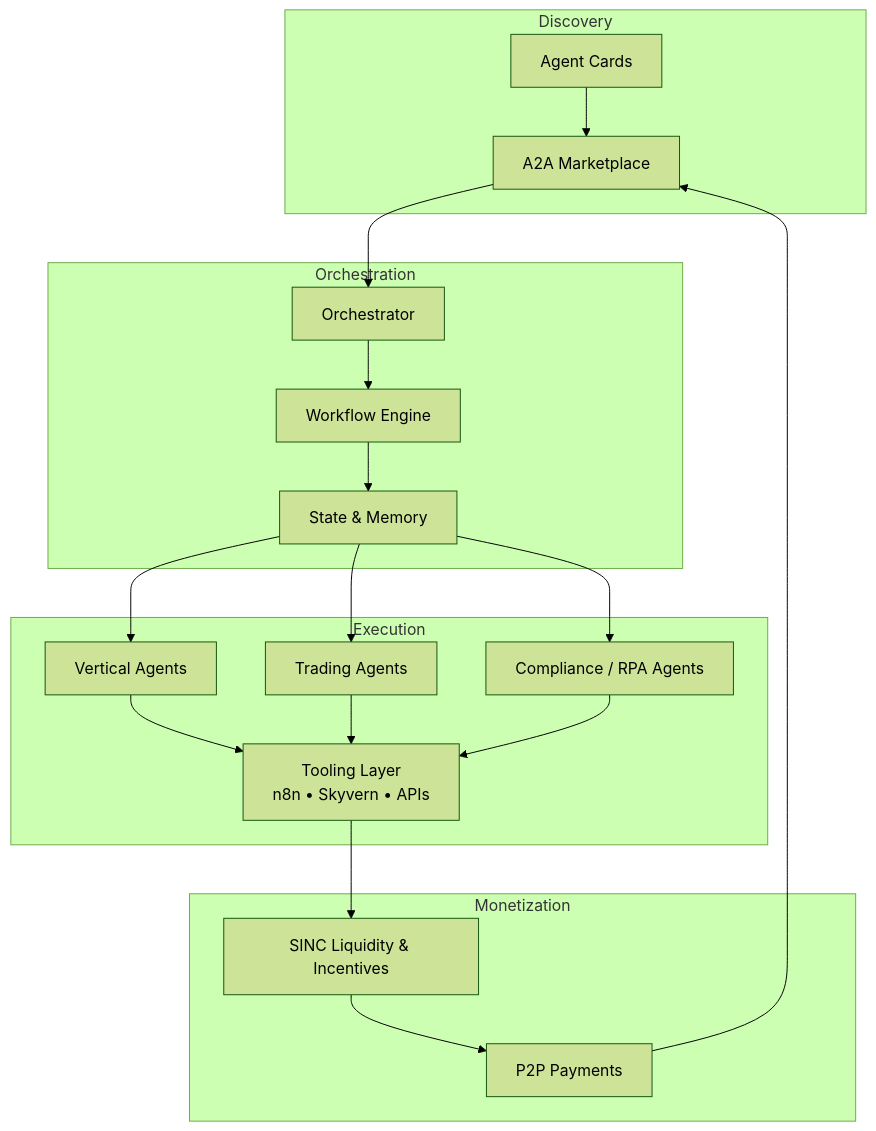
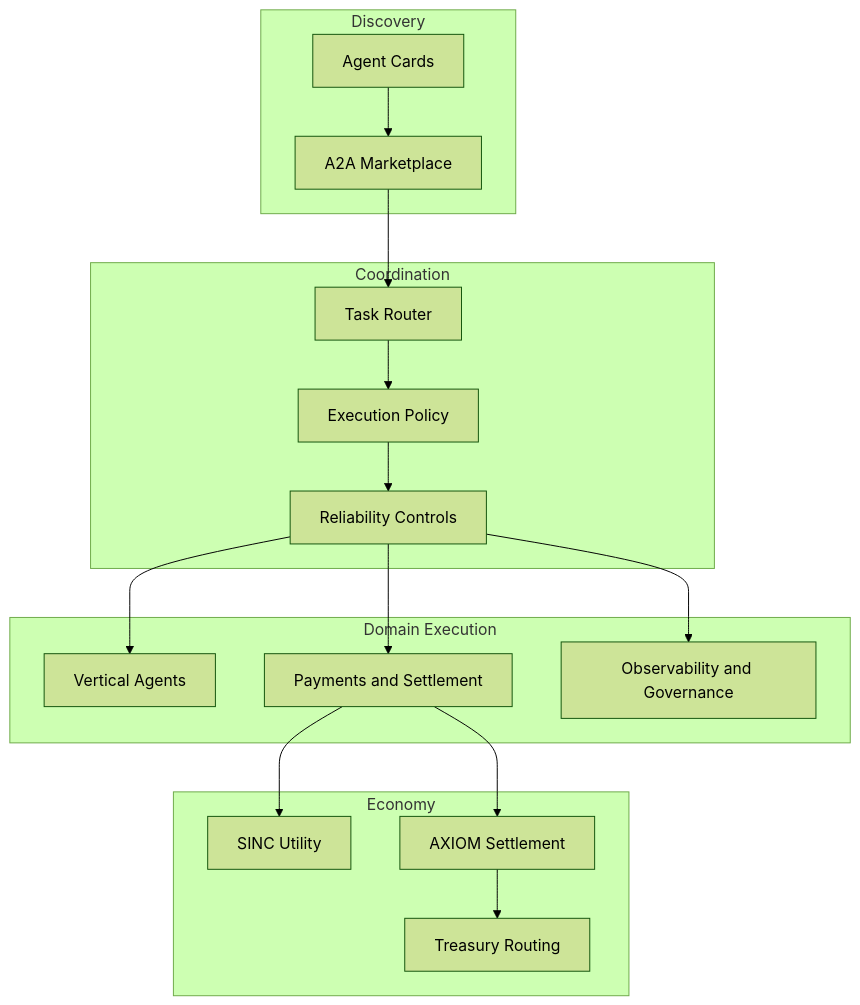
One commit to OrderofChaos33/SINCOR2 changed the diagram in README.md. Above: the diagram before and after it, drawn with Mermaid (forest theme). The commit also changed other lines of this file and 54 other files, not shown here.

````diff
--- a/README.md
+++ b/README.md
@@ -122,26 +59,24 @@
 ```mermaid
 flowchart TD
     subgraph Discovery
         A[Agent Cards] --> B[A2A Marketplace]
     end
 
-    subgraph Orchestration
-        B --> C[Orchestrator]
-        C --> D[Workflow Engine]
-        D --> E[State & Memory]
+    subgraph Coordination
+        B --> C[Task Router]
+        C --> D[Execution Policy]
+        D --> E[Reliability Controls]
     end
 
-    subgraph Execution
+    subgraph Domain Execution
         E --> F[Vertical Agents]
-        E --> G[Trading Agents]
-        E --> H[Compliance / RPA Agents]
-        F & G & H --> I[Tooling Layer<br/>n8n • Skyvern • APIs]
+        E --> G[Payments and Settlement]
+        E --> H[Observability and Governance]
     end
 
-    subgraph Monetization
-        I --> J[SINC Liquidity & Incentives]
-        J --> K[P2P Payments]
+    subgraph Economy
+        G --> I[SINC Utility]
+        G --> J[AXIOM Settlement]
+        J --> K[Treasury Routing]
     end
-
-    K --> B
 ```
````
